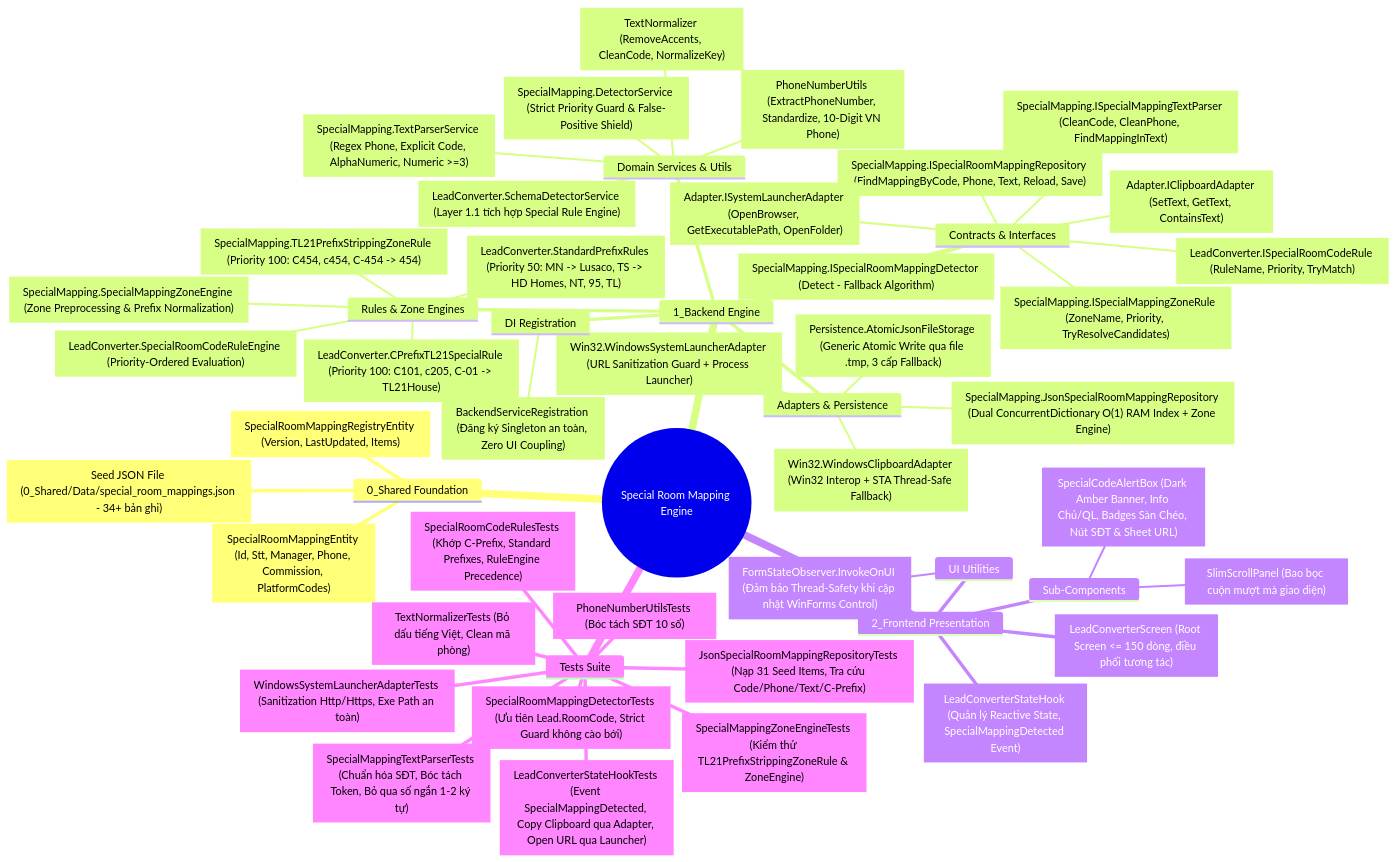
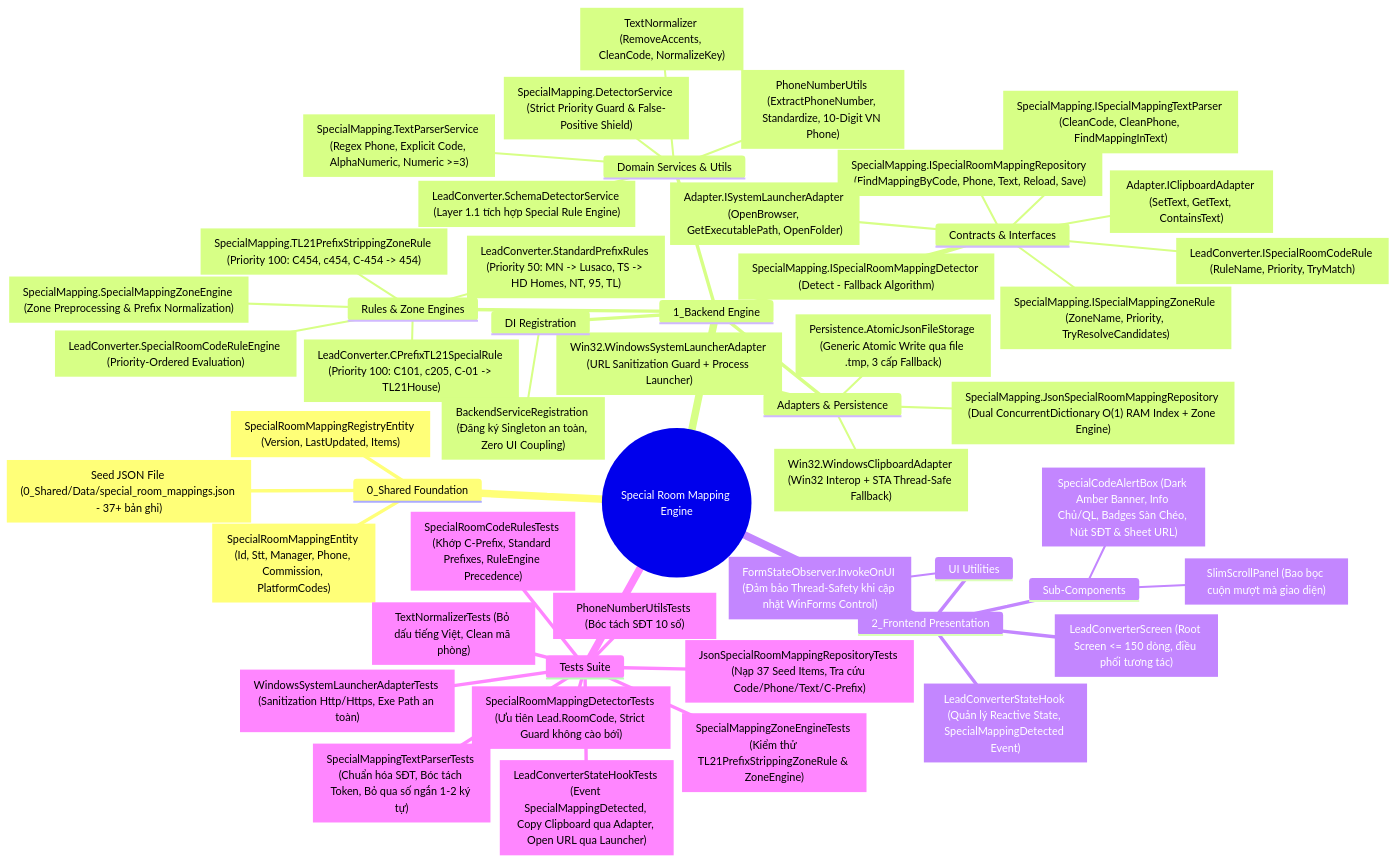
One commit to vuthuonghai-steve/Sale_extension changed the first of 6 diagrams in app_native_desktop/app_forms/Docs/Maps/02_Special_Room_Mapping_Mindmap.md. Above: the diagram before and after it, drawn with Mermaid. The commit also changed other lines of this file and 3 other files, not shown here.

First line of the commit message:
feat(shared): add room codes and special mappings for H125, DN33 and DN34

````diff
--- a/app_native_desktop/app_forms/Docs/Maps/02_Special_Room_Mapping_Mindmap.md
+++ b/app_native_desktop/app_forms/Docs/Maps/02_Special_Room_Mapping_Mindmap.md
@@ -12,54 +12,54 @@
 ```mermaid
 mindmap
   root((Special Room Mapping Engine))
     0_Shared Foundation
       SpecialRoomMappingEntity["SpecialRoomMappingEntity (Id, Stt, Manager, Phone, Commission, PlatformCodes)"]
       SpecialRoomMappingRegistryEntity["SpecialRoomMappingRegistryEntity (Version, LastUpdated, Items)"]
-      SeedData["Seed JSON File (0_Shared/Data/special_room_mappings.json - 34+ bản ghi)"]
+      SeedData["Seed JSON File (0_Shared/Data/special_room_mappings.json - 37+ bản ghi)"]
     1_Backend Engine
       Contracts & Interfaces
         ISpecialRoomMappingRepository["SpecialMapping.ISpecialRoomMappingRepository (FindMappingByCode, Phone, Text, Reload, Save)"]
         ISpecialRoomMappingDetector["SpecialMapping.ISpecialRoomMappingDetector (Detect - Fallback Algorithm)"]
         ISpecialMappingTextParser["SpecialMapping.ISpecialMappingTextParser (CleanCode, CleanPhone, FindMappingInText)"]
         ISpecialMappingZoneRule["SpecialMapping.ISpecialMappingZoneRule (ZoneName, Priority, TryResolveCandidates)"]
         ISpecialRoomCodeRule["LeadConverter.ISpecialRoomCodeRule (RuleName, Priority, TryMatch)"]
         IClipboardAdapter["Adapter.IClipboardAdapter (SetText, GetText, ContainsText)"]
         ISystemLauncherAdapter["Adapter.ISystemLauncherAdapter (OpenBrowser, GetExecutablePath, OpenFolder)"]
       Adapters & Persistence
         AtomicJsonFileStorage["Persistence.AtomicJsonFileStorage<T> (Generic Atomic Write qua file .tmp, 3 cấp Fallback)"]
         JsonSpecialRoomMappingRepository["SpecialMapping.JsonSpecialRoomMappingRepository (Dual ConcurrentDictionary O(1) RAM Index + Zone Engine)"]
         WindowsClipboardAdapter["Win32.WindowsClipboardAdapter (Win32 Interop + STA Thread-Safe Fallback)"]
         WindowsSystemLauncherAdapter["Win32.WindowsSystemLauncherAdapter (URL Sanitization Guard + Process Launcher)"]
       Domain Services & Utils
         SpecialMappingTextParser["SpecialMapping.TextParserService (Regex Phone, Explicit Code, AlphaNumeric, Numeric >=3)"]
         SpecialRoomMappingDetector["SpecialMapping.DetectorService (Strict Priority Guard & False-Positive Shield)"]
         SchemaDetectorService["LeadConverter.SchemaDetectorService (Layer 1.1 tích hợp Special Rule Engine)"]
         TextNormalizer["TextNormalizer (RemoveAccents, CleanCode, NormalizeKey)"]
         PhoneNumberUtils["PhoneNumberUtils (ExtractPhoneNumber, Standardize, 10-Digit VN Phone)"]
       Rules & Zone Engines
         SpecialMappingZoneEngine["SpecialMapping.SpecialMappingZoneEngine (Zone Preprocessing & Prefix Normalization)"]
         TL21PrefixStrippingZoneRule["SpecialMapping.TL21PrefixStrippingZoneRule (Priority 100: C454, c454, C-454 -> 454)"]
         SpecialRoomCodeRuleEngine["LeadConverter.SpecialRoomCodeRuleEngine (Priority-Ordered Evaluation)"]
         CPrefixTL21SpecialRule["LeadConverter.CPrefixTL21SpecialRule (Priority 100: C101, c205, C-01 -> TL21House)"]
         StandardPrefixRules["LeadConverter.StandardPrefixRules (Priority 50: MN -> Lusaco, TS -> HD Homes, NT, 95, TL)"]
       DI Registration
         BackendServiceRegistration["BackendServiceRegistration (Đăng ký Singleton an toàn, Zero UI Coupling)"]
     2_Frontend Presentation
       LeadConverterScreen["LeadConverterScreen (Root Screen <= 150 dòng, điều phối tương tác)"]
       LeadConverterStateHook["LeadConverterStateHook (Quản lý Reactive State, SpecialMappingDetected Event)"]
       Sub-Components
         SpecialCodeAlertBox["SpecialCodeAlertBox (Dark Amber Banner, Info Chủ/QL, Badges Sàn Chéo, Nút SĐT & Sheet URL)"]
         SlimScrollPanel["SlimScrollPanel (Bao bọc cuộn mượt mà giao diện)"]
       UI Utilities
         FormStateObserver["FormStateObserver.InvokeOnUI (Đảm bảo Thread-Safety khi cập nhật WinForms Control)"]
     Tests Suite
-      JsonSpecialRoomMappingRepositoryTests["JsonSpecialRoomMappingRepositoryTests (Nạp 31 Seed Items, Tra cứu Code/Phone/Text/C-Prefix)"]
+      JsonSpecialRoomMappingRepositoryTests["JsonSpecialRoomMappingRepositoryTests (Nạp 37 Seed Items, Tra cứu Code/Phone/Text/C-Prefix)"]
       SpecialMappingZoneEngineTests["SpecialMappingZoneEngineTests (Kiểm thử TL21PrefixStrippingZoneRule & ZoneEngine)"]
       SpecialRoomMappingDetectorTests["SpecialRoomMappingDetectorTests (Ưu tiên Lead.RoomCode, Strict Guard không cào bới)"]
       SpecialMappingTextParserTests["SpecialMappingTextParserTests (Chuẩn hóa SĐT, Bóc tách Token, Bỏ qua số ngắn 1-2 ký tự)"]
       SpecialRoomCodeRulesTests["SpecialRoomCodeRulesTests (Khớp C-Prefix, Standard Prefixes, RuleEngine Precedence)"]
       LeadConverterStateHookTests["LeadConverterStateHookTests (Event SpecialMappingDetected, Copy Clipboard qua Adapter, Open URL qua Launcher)"]
       WindowsSystemLauncherAdapterTests["WindowsSystemLauncherAdapterTests (Sanitization Http/Https, Exe Path an toàn)"]
       TextNormalizerTests["TextNormalizerTests (Bỏ dấu tiếng Việt, Clean mã phòng)"]
       PhoneNumberUtilsTests["PhoneNumberUtilsTests (Bóc tách SĐT 10 số)"]
 ```
````
